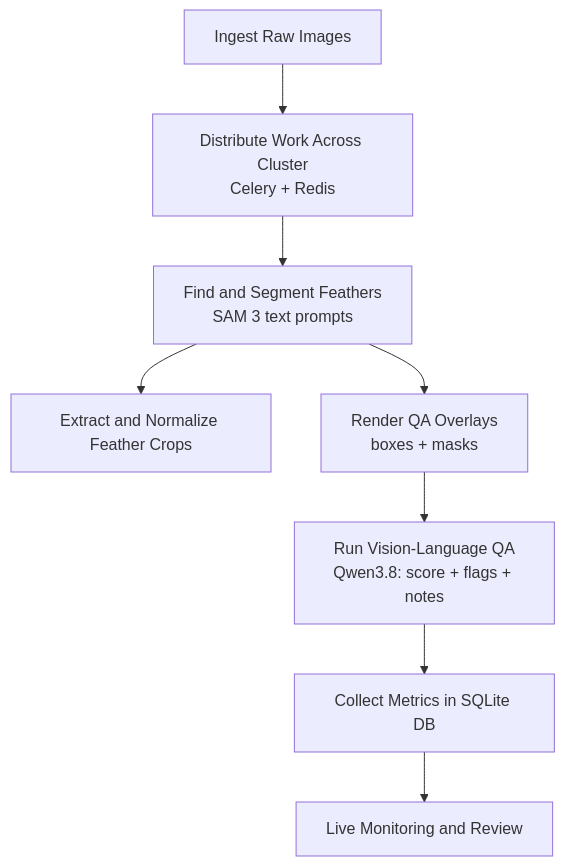
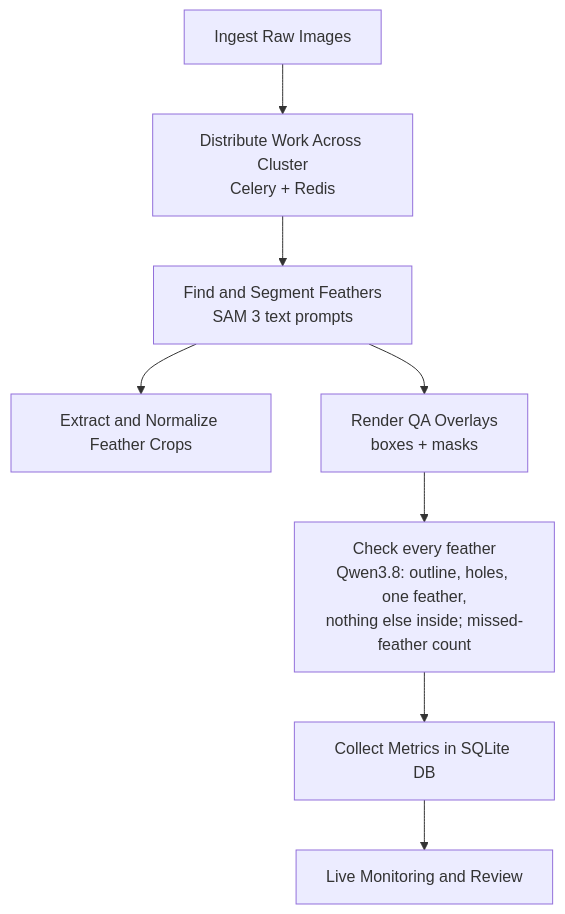
Before and after one commit to christytty/bird-feather-analysis: the diagram in README.md, drawn with Mermaid. The commit also changed other lines of this file and 41 other files, not shown here.

````diff
--- a/README.md
+++ b/README.md
@@ -6,10 +6,10 @@
 ```mermaid
 flowchart TB
     A[Ingest Raw Images] --> B[Distribute Work Across Cluster<br/>Celery + Redis]
     B --> C[Find and Segment Feathers<br/>SAM 3 text prompts]
     C --> E[Extract and Normalize Feather Crops]
     C --> F[Render QA Overlays<br/>boxes + masks]
-    F --> G[Run Vision-Language QA<br/>Qwen3.8: score + flags + notes]
+    F --> G[Check every feather<br/>Qwen3.8: outline, holes, one feather,<br/>nothing else inside; missed-feather count]
     G --> H[Collect Metrics in SQLite DB]
     H --> I[Live Monitoring and Review]
 ```
````
